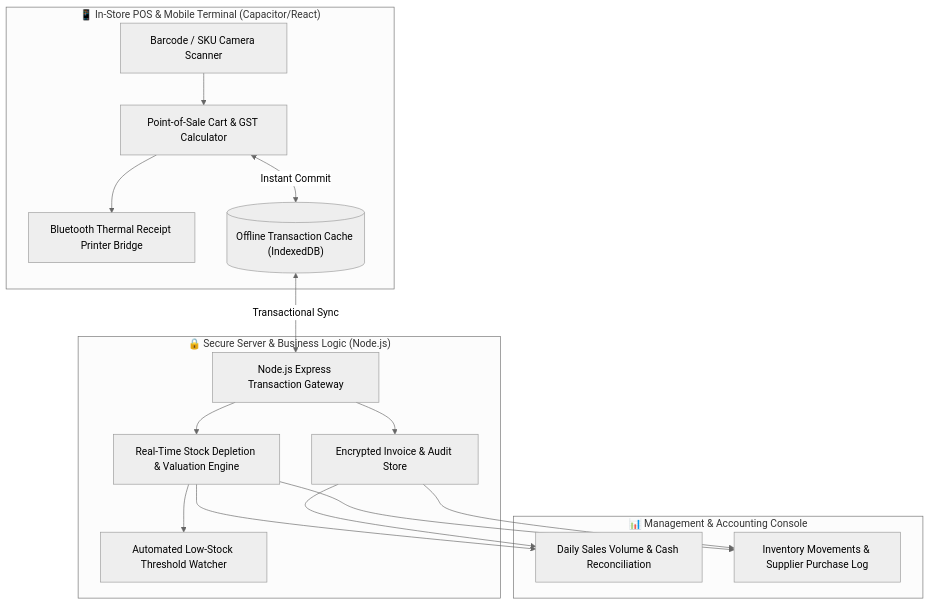
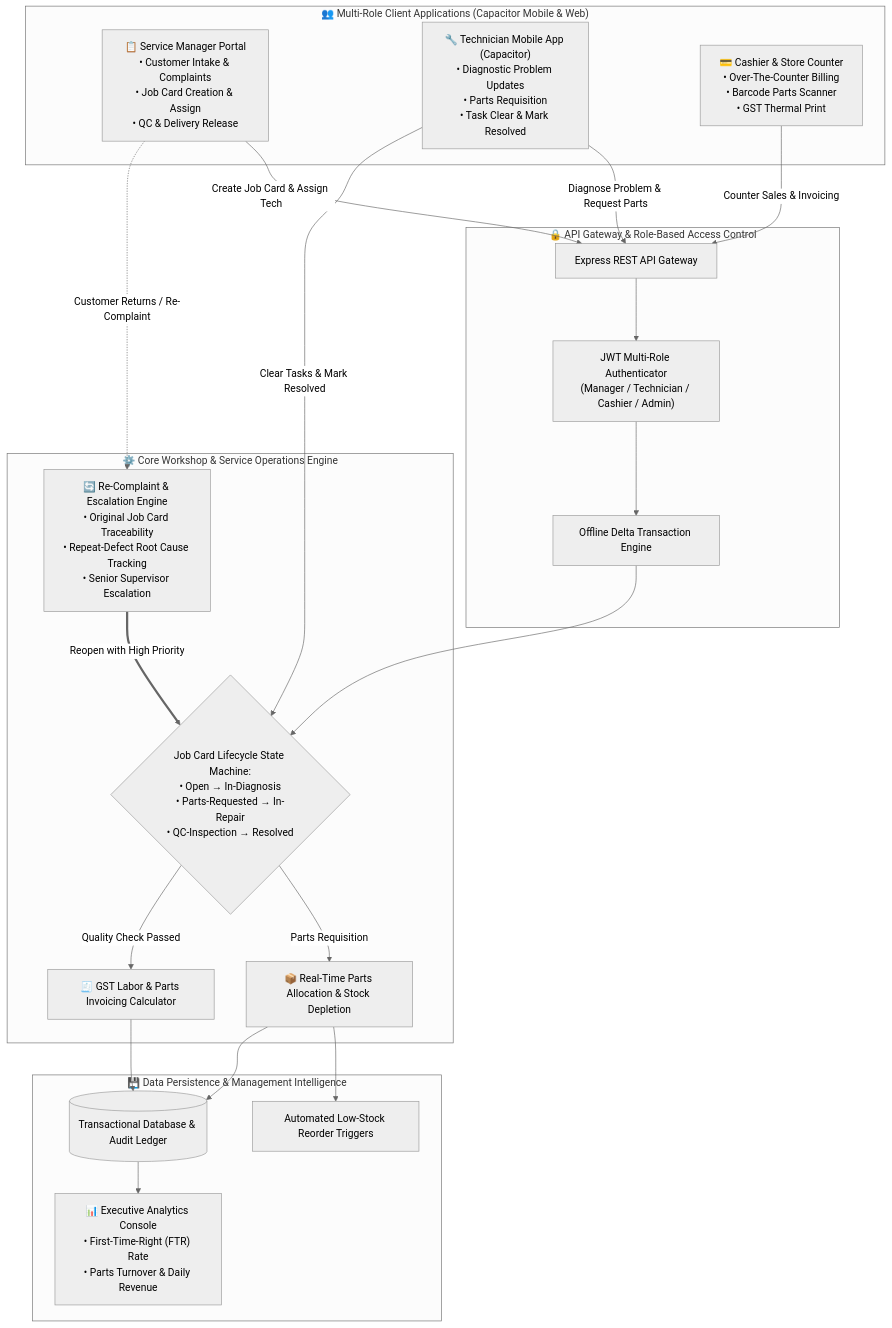
Before and after one commit to rahaman1721/bajaj-billing-inventory: the diagram in README.md, drawn with Mermaid (neutral theme). The commit also changed other lines of this file, not shown here.

Commit message:
docs: expand to full dealership ERP architecture covering service manager portal, technician mobile workflow, re-complaint engine, and parts depletion

````diff
--- a/README.md
+++ b/README.md
@@ -32,32 +44,48 @@
 ```mermaid
 flowchart TD
-    subgraph POSClient ["📱 In-Store POS & Mobile Terminal (Capacitor/React)"]
-        BarcodeScanner["Barcode / SKU Camera Scanner"]
-        CartEngine["Point-of-Sale Cart & GST Calculator"]
-        ThermalPrint["Bluetooth Thermal Receipt Printer Bridge"]
-        LocalCache[("Offline Transaction Cache (IndexedDB)")]
+    subgraph MultiRoleClients ["👥 Multi-Role Client Applications (Capacitor Mobile & Web)"]
+        ServiceMgr["📋 Service Manager Portal\n• Customer Intake & Complaints\n• Job Card Creation & Assign\n• QC & Delivery Release"]
+        TechnicianApp["🔧 Technician Mobile App (Capacitor)\n• Diagnostic Problem Updates\n• Parts Requisition\n• Task Clear & Mark Resolved"]
+        CashierPOS["💳 Cashier & Store Counter\n• Over-The-Counter Billing\n• Barcode Parts Scanner\n• GST Thermal Print"]
     end
 
-    subgraph BackendLedger ["🔒 Secure Server & Business Logic (Node.js)"]
-        API["Node.js Express Transaction Gateway"]
-        InventoryLedger["Real-Time Stock Depletion & Valuation Engine"]
-        AlertService["Automated Low-Stock Threshold Watcher"]
-        InvoiceArchiver["Encrypted Invoice & Audit Store"]
+    subgraph APIGatewayLayer ["🔒 API Gateway & Role-Based Access Control"]
+        Gateway["Express REST API Gateway"]
+        RBAC["JWT Multi-Role Authenticator\n(Manager / Technician / Cashier / Admin)"]
+        OfflineSync["Offline Delta Transaction Engine"]
     end
 
-    subgraph ReportingDashboard ["📊 Management & Accounting Console"]
-        Analytics["Daily Sales Volume & Cash Reconciliation"]
-        LedgerAudit["Inventory Movements & Supplier Purchase Log"]
+    subgraph ServiceOperationsCore ["⚙️ Core Workshop & Service Operations Engine"]
+        JobCardEngine{"Job Card Lifecycle State Machine:\n• Open → In-Diagnosis\n• Parts-Requested → In-Repair\n• QC-Inspection → Resolved"}
+        ReComplaintEngine["🔄 Re-Complaint & Escalation Engine\n• Original Job Card Traceability\n• Repeat-Defect Root Cause Tracking\n• Senior Supervisor Escalation"]
+        PartsDepletionEngine["📦 Real-Time Parts Allocation & Stock Depletion"]
+        BillingEngine["🧾 GST Labor & Parts Invoicing Calculator"]
     end
 
-    BarcodeScanner --> CartEngine
-    CartEngine --> ThermalPrint
-    CartEngine <-->|Instant Commit| LocalCache
+    subgraph PersistenceAndAnalytics ["💾 Data Persistence & Management Intelligence"]
+        Database[("Transactional Database & Audit Ledger")]
+        LowStockWatcher["Automated Low-Stock Reorder Triggers"]
+        BusinessAnalytics["📊 Executive Analytics Console\n• First-Time-Right (FTR) Rate\n• Parts Turnover & Daily Revenue"]
+    end
+
+    ServiceMgr -->|"Create Job Card & Assign Tech"| Gateway
+    TechnicianApp -->|"Diagnose Problem & Request Parts"| Gateway
+    CashierPOS -->|"Counter Sales & Invoicing"| Gateway
+
+    Gateway --> RBAC --> OfflineSync
+    OfflineSync --> JobCardEngine
+
+    JobCardEngine -->|"Parts Requisition"| PartsDepletionEngine
+    PartsDepletionEngine --> LowStockWatcher
     
-    LocalCache <-->|Transactional Sync| API
-    API --> InventoryLedger
-    InventoryLedger --> AlertService
-    API --> InvoiceArchiver
+    TechnicianApp -->|"Clear Tasks & Mark Resolved"| JobCardEngine
+    JobCardEngine -->|"Quality Check Passed"| BillingEngine
     
-    InventoryLedger & InvoiceArchiver --> Analytics & LedgerAudit
+    BillingEngine --> Database
+    PartsDepletionEngine --> Database
+
+    ServiceMgr -.->|"Customer Returns / Re-Complaint"| ReComplaintEngine
+    ReComplaintEngine ==>|"Reopen with High Priority"| JobCardEngine
+
+    Database --> BusinessAnalytics
 ```
````
